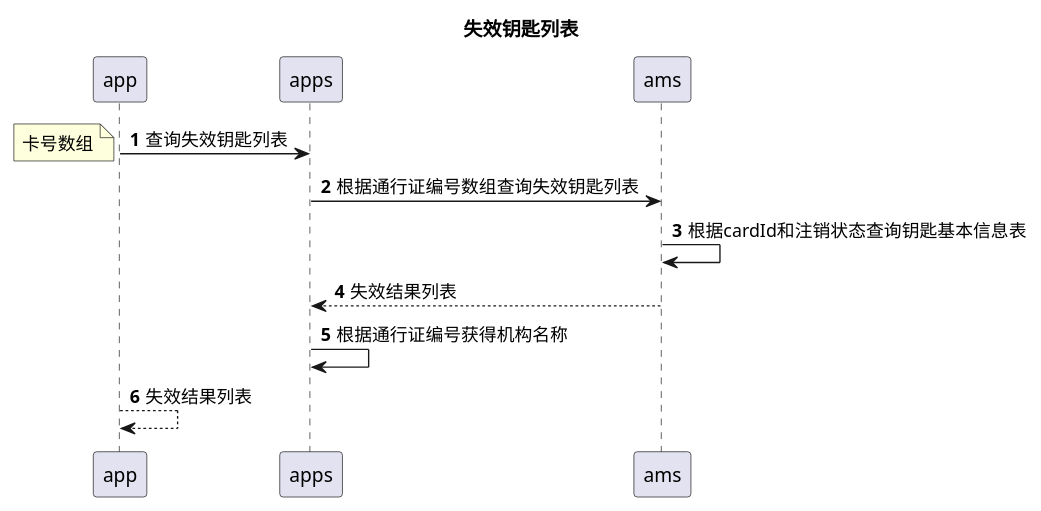
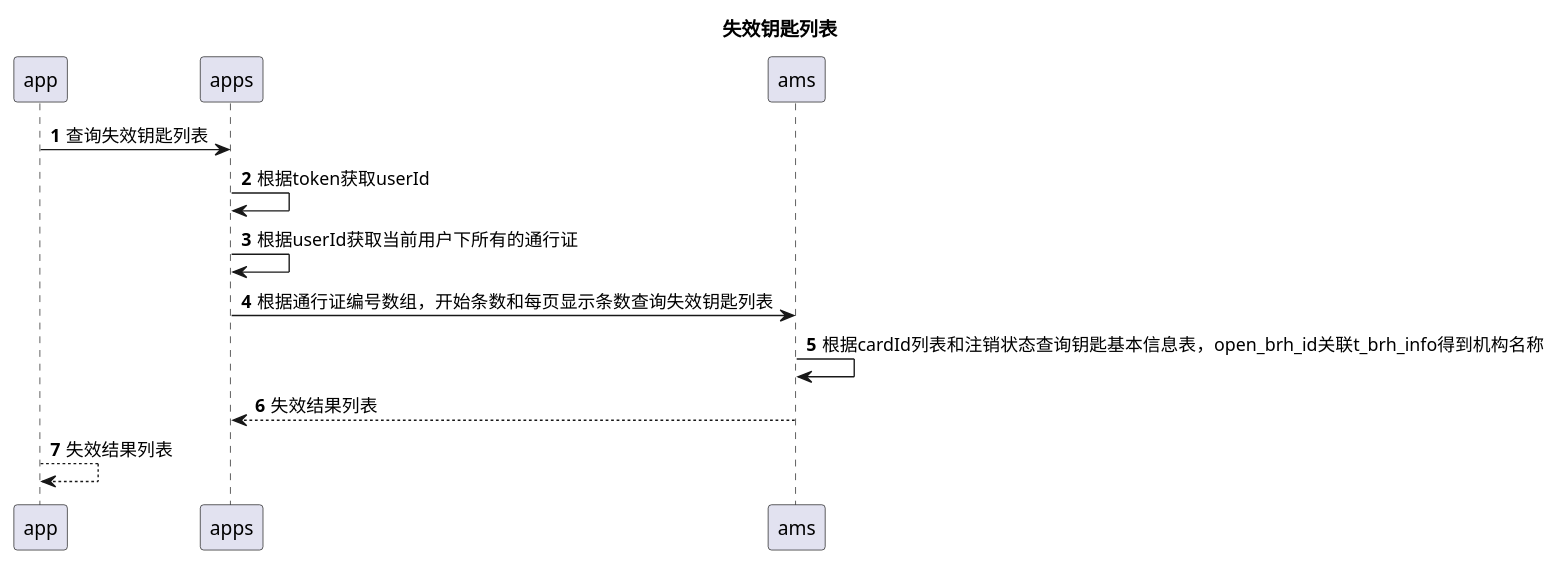
Before and after one commit to 13589080127/zc-test: the diagram in doc/简兑智能锁/失效钥匙列表.puml, drawn with PlantUML. The commit also changed 2 other files, not shown here.

```diff
--- a/doc/简兑智能锁/失效钥匙列表.puml
+++ b/doc/简兑智能锁/失效钥匙列表.puml
@@ -1,11 +1,11 @@
 @startuml
 title:失效钥匙列表
 autonumber
 app->apps:查询失效钥匙列表
-note left:卡号数组
-apps->ams:根据通行证编号数组查询失效钥匙列表
-ams->ams:根据cardId和注销状态查询钥匙基本信息表
+apps->apps:根据token获取userId
+apps->apps:根据userId获取当前用户下所有的通行证
+apps->ams:根据通行证编号数组，开始条数和每页显示条数查询失效钥匙列表
+ams->ams:根据cardId列表和注销状态查询钥匙基本信息表，open_brh_id关联t_brh_info得到机构名称
 ams-->apps:失效结果列表
-apps->apps:根据通行证编号获得机构名称
 app-->app:失效结果列表
 @enduml
```
